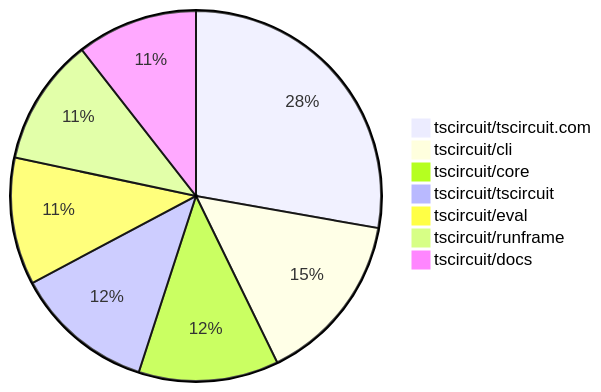
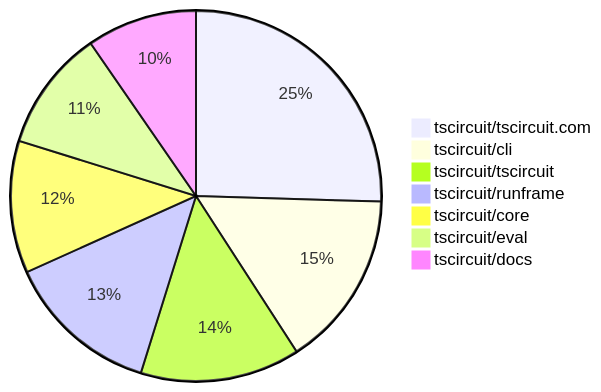
Before and after one commit to tscircuit/contribution-tracker: the second of 2 diagrams in README.md, drawn with Mermaid. The commit also changed other lines of this file and 3 other files, not shown here.

````diff
--- a/README.md
+++ b/README.md
@@ -127,10 +132,10 @@
 ```mermaid
 pie
-    "tscircuit/tscircuit.com" : 50
-    "tscircuit/cli" : 27
-    "tscircuit/core" : 22
-    "tscircuit/tscircuit" : 22
-    "tscircuit/eval" : 20
-    "tscircuit/runframe" : 20
-    "tscircuit/docs" : 19
+    "tscircuit/tscircuit.com" : 53
+    "tscircuit/cli" : 32
+    "tscircuit/tscircuit" : 29
+    "tscircuit/runframe" : 28
+    "tscircuit/core" : 24
+    "tscircuit/eval" : 22
+    "tscircuit/docs" : 20
 ```
````
